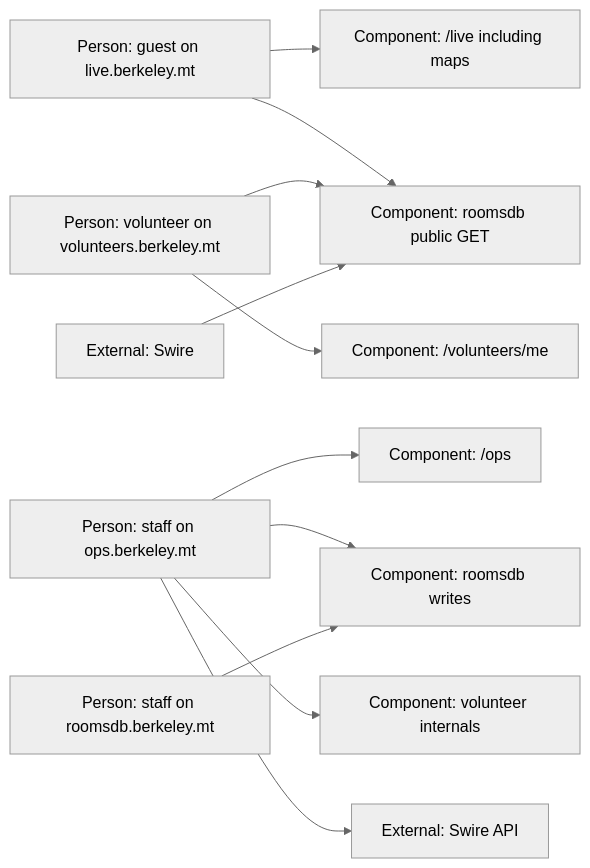
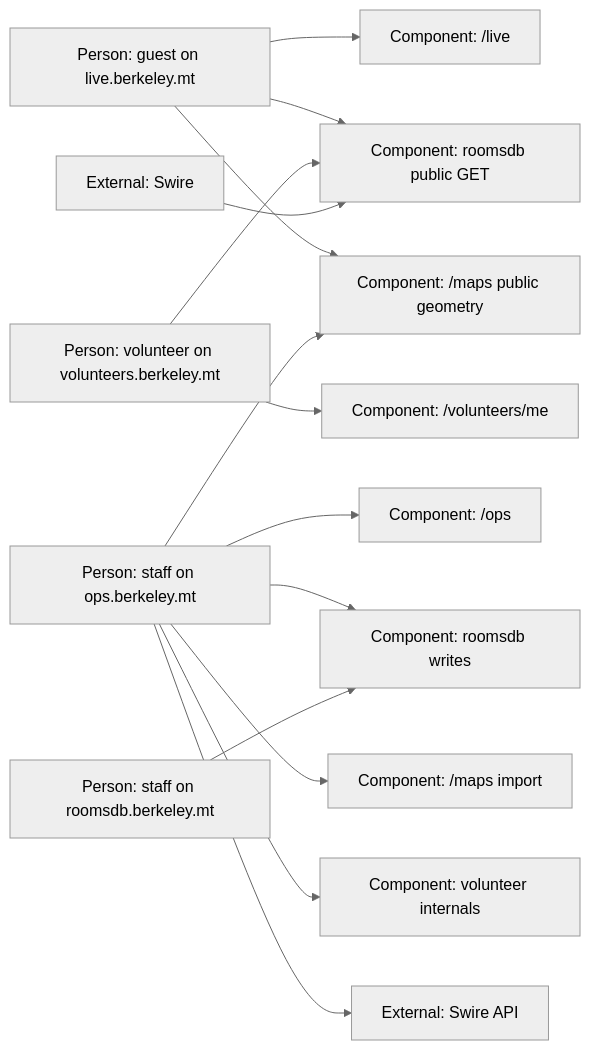
One commit to tri2k/room-allocations-demo changed the second of 2 diagrams in specs/2026-08-24-api-c3.md. Above: the diagram before and after it, drawn with Mermaid. The commit also changed other lines of this file and 5 other files, not shown here.

First line of the commit message:
docs: give maps their own API folder shared by HQ and live

````diff
--- a/specs/2026-08-24-api-c3.md
+++ b/specs/2026-08-24-api-c3.md
@@ -75,26 +82,31 @@
 ```mermaid
 %%{init: {"theme": "neutral"}}%%
 flowchart LR
   liveHost["Person: guest on live.berkeley.mt"]
   volHost["Person: volunteer on volunteers.berkeley.mt"]
   staffOps["Person: staff on ops.berkeley.mt"]
   staffRooms["Person: staff on roomsdb.berkeley.mt"]
   swireExt["External: Swire"]
   roomsdbPublic["Component: roomsdb public GET"]
   roomsdbStaff["Component: roomsdb writes"]
+  mapsPublic["Component: /maps public geometry"]
+  mapsStaff["Component: /maps import"]
   opsAll["Component: /ops"]
   volMe["Component: /volunteers/me"]
   volInternal["Component: volunteer internals"]
-  liveAll["Component: /live including maps"]
+  liveAll["Component: /live"]
   swireApi["External: Swire API"]
   liveHost --> liveAll
   liveHost --> roomsdbPublic
+  liveHost --> mapsPublic
   volHost --> volMe
   volHost --> roomsdbPublic
   staffOps --> opsAll
   staffOps --> roomsdbStaff
+  staffOps --> mapsPublic
+  staffOps --> mapsStaff
   staffOps --> volInternal
   staffOps --> swireApi
   staffRooms --> roomsdbStaff
   swireExt --> roomsdbPublic
 ```
````
